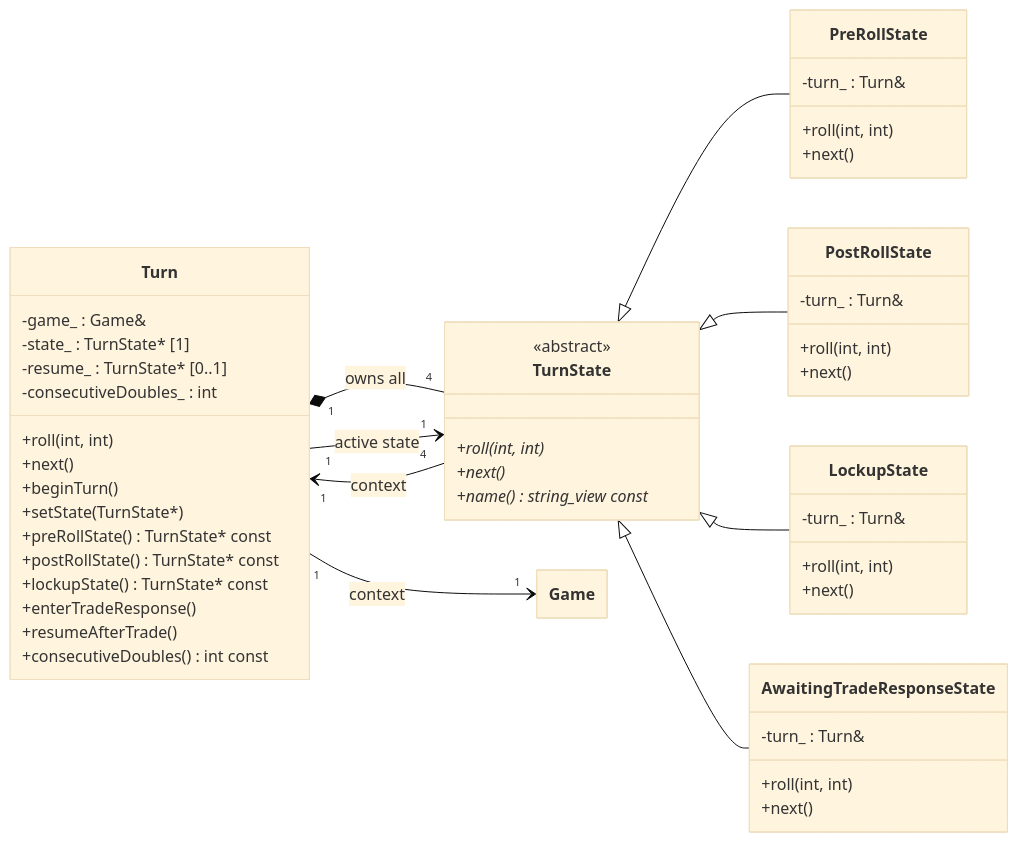
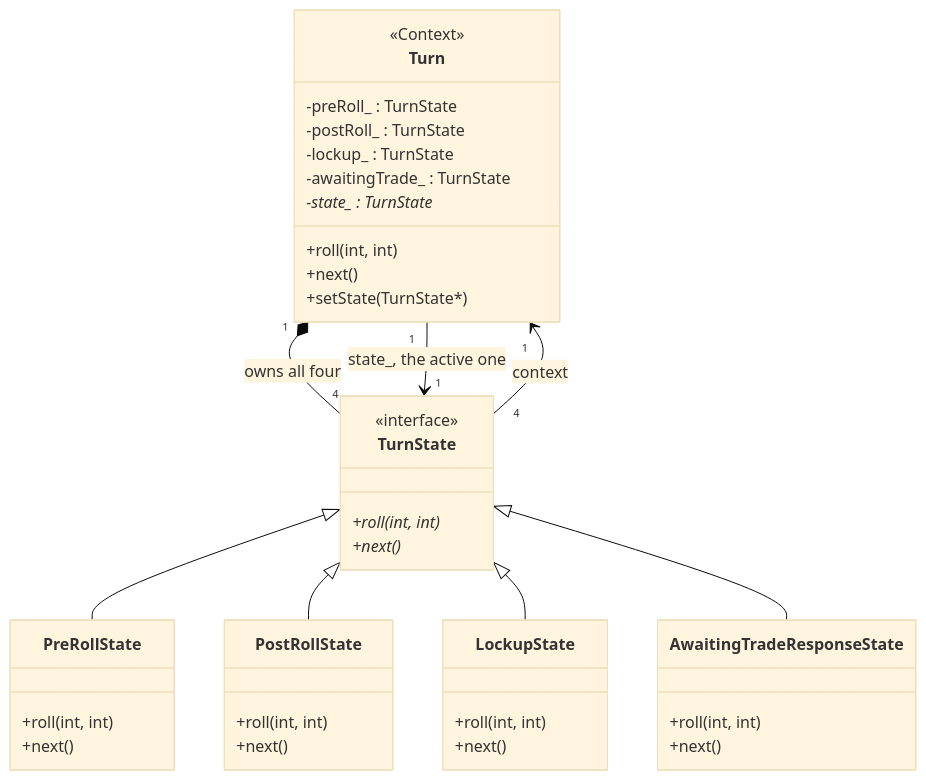
The third of 7 diagrams in uml.md (jasmehar-k/hungry-hungry-capitalists), drawn with Mermaid (base theme) before and after one commit. The commit also changed other lines of this file and 8 other files, not shown here.

Commit message:
redraw uml per pattern with minimal detail to show each pattern uniqueness

````diff
--- a/uml.md
+++ b/uml.md
@@ -182,61 +142,50 @@
 ```mermaid
 ---
 config:
   class:
     hideEmptyMembersBox: true
 ---
 classDiagram
-    direction LR
+    direction TB
 
     class Turn {
+        <<Context>>
         +roll(int, int)
         +next()
-        +beginTurn()
         +setState(TurnState*)
-        +preRollState() TurnState* const
-        +postRollState() TurnState* const
-        +lockupState() TurnState* const
-        +enterTradeResponse()
-        +resumeAfterTrade()
-        +consecutiveDoubles() int const
-        -game_ : Game&
-        -state_ : TurnState* [1]
-        -resume_ : TurnState* [0..1]
-        -consecutiveDoubles_ : int
+        -preRoll_ : TurnState
+        -postRoll_ : TurnState
+        -lockup_ : TurnState
+        -awaitingTrade_ : TurnState
+        -state_ : TurnState*
     }
     class TurnState {
-        <<abstract>>
+        <<interface>>
         +roll(int, int)*
         +next()*
-        +name() string_view const*
     }
     class PreRollState {
         +roll(int, int)
         +next()
-        -turn_ : Turn&
     }
     class PostRollState {
         +roll(int, int)
         +next()
-        -turn_ : Turn&
     }
     class LockupState {
         +roll(int, int)
         +next()
-        -turn_ : Turn&
     }
     class AwaitingTradeResponseState {
         +roll(int, int)
         +next()
-        -turn_ : Turn&
     }
 
     TurnState <|-- PreRollState
     TurnState <|-- PostRollState
     TurnState <|-- LockupState
     TurnState <|-- AwaitingTradeResponseState
-    Turn "1" *-- "4" TurnState : owns all
-    Turn "1" --> "1" TurnState : active state
+    Turn "1" *-- "4" TurnState : owns all four
+    Turn "1" --> "1" TurnState : state_, the active one
     TurnState "4" --> "1" Turn : context
-    Turn "1" --> "1" Game : context
 ```
````
